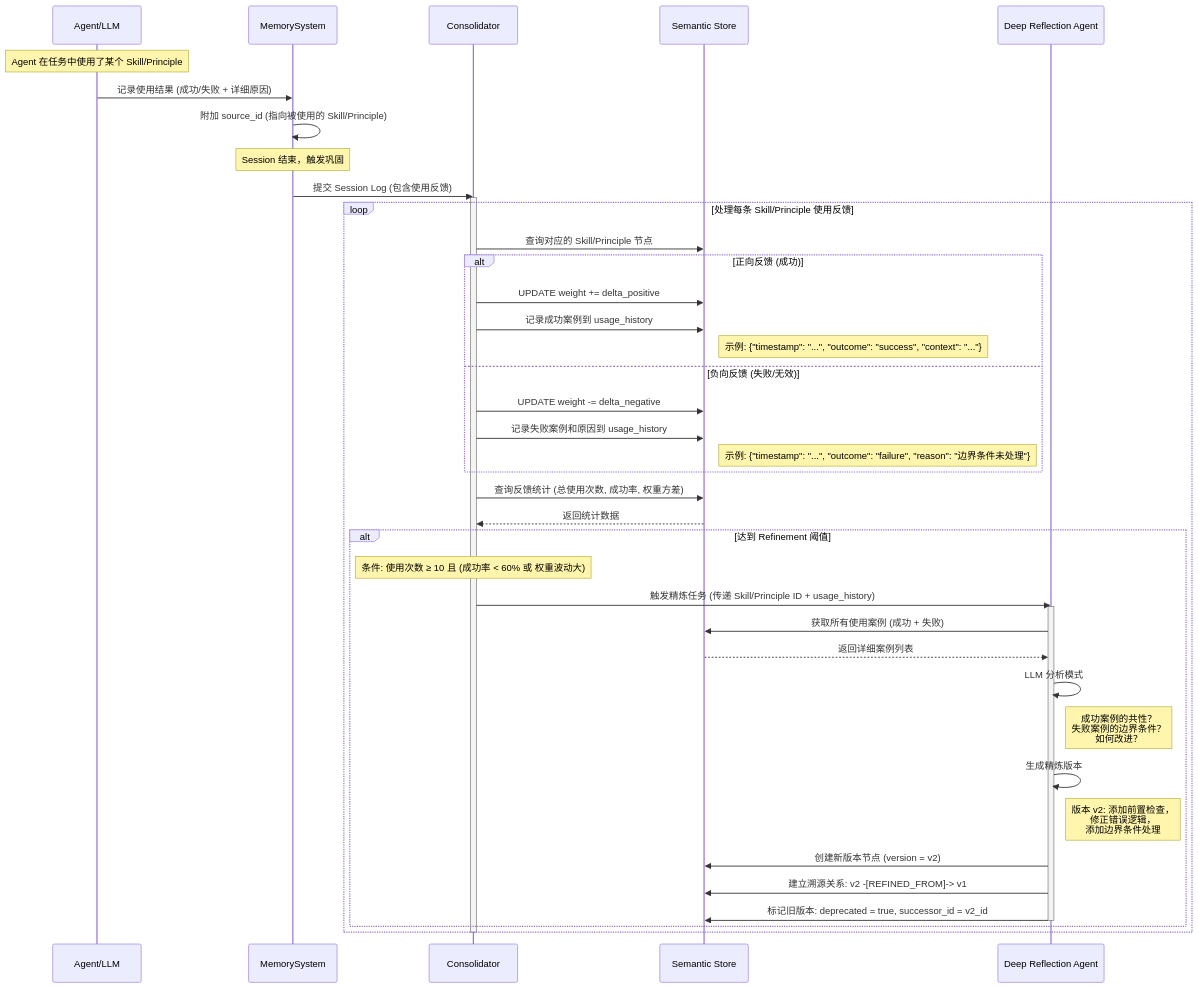
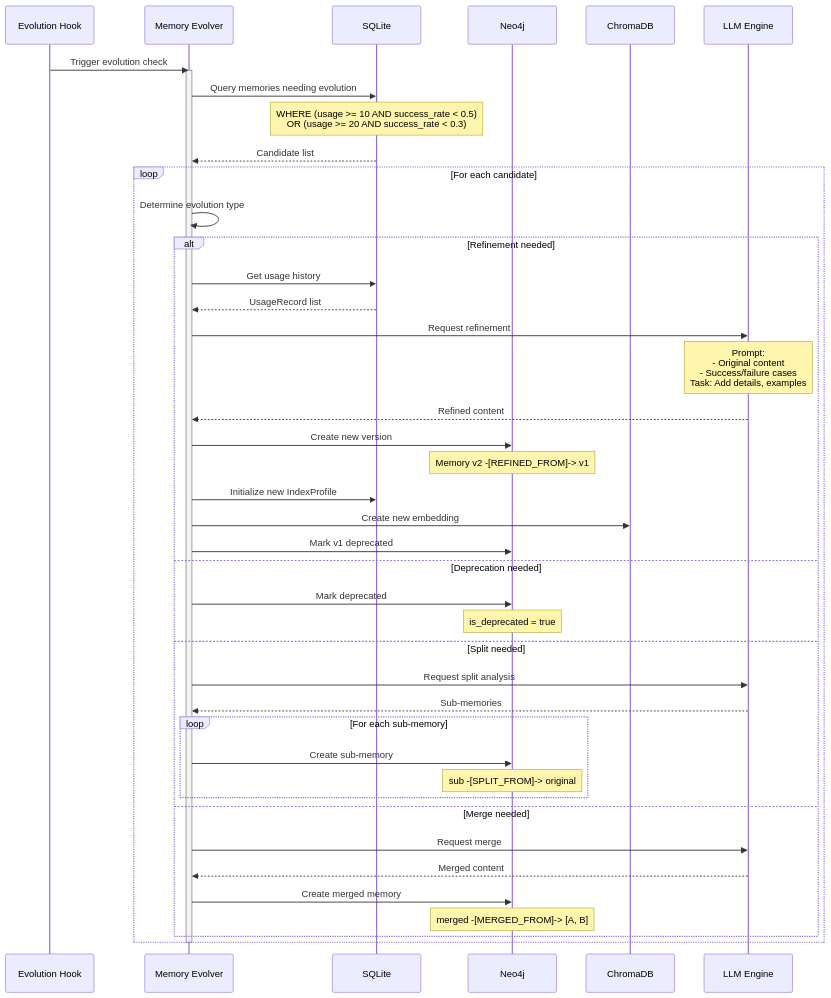
Before and after one commit to Lincyaw/h-mem: the fourth of 6 diagrams in docs/workflows.md, drawn with Mermaid. The commit also changed other lines of this file and 2 other files, not shown here.

````diff
--- a/docs/workflows.md
+++ b/docs/workflows.md
@@ -131,58 +287,59 @@
 ```mermaid
 sequenceDiagram
-    participant Agent as Agent/LLM
-    participant MS as MemorySystem
-    participant CON as Consolidator
-    participant GDB as Semantic Store
-    participant REF as Deep Reflection Agent
+    participant HOOK as Evolution Hook
+    participant EVO as Memory Evolver
+    participant SQL as SQLite
+    participant GDB as Neo4j
+    participant VDB as ChromaDB
+    participant LLM as LLM Engine
 
-    Note over Agent: Agent 在任务中使用了某个 Skill/Principle
-    
-    Agent->>MS: 记录使用结果 (成功/失败 + 详细原因)
-    MS->>MS: 附加 source_id (指向被使用的 Skill/Principle)
-    
-    Note over MS: Session 结束，触发巩固
-    
-    MS->>CON: 提交 Session Log (包含使用反馈)
-    activate CON
-    
-    loop 处理每条 Skill/Principle 使用反馈
-        CON->>GDB: 查询对应的 Skill/Principle 节点
-        
-        alt 正向反馈 (成功)
-            CON->>GDB: UPDATE weight += delta_positive
-            CON->>GDB: 记录成功案例到 usage_history
-            Note right of GDB: 示例: {"timestamp": "...", "outcome": "success", "context": "..."}
-        else 负向反馈 (失败/无效)
-            CON->>GDB: UPDATE weight -= delta_negative
-            CON->>GDB: 记录失败案例和原因到 usage_history
-            Note right of GDB: 示例: {"timestamp": "...", "outcome": "failure", "reason": "边界条件未处理"}
-        end
-        
-        CON->>GDB: 查询反馈统计 (总使用次数, 成功率, 权重方差)
-        GDB-->>CON: 返回统计数据
-        
-        alt 达到 Refinement 阈值
-            Note over CON: 条件: 使用次数 ≥ 10 且 (成功率 < 60% 或 权重波动大)
-            CON->>REF: 触发精炼任务 (传递 Skill/Principle ID + usage_history)
-            activate REF
-            
-            REF->>GDB: 获取所有使用案例 (成功 + 失败)
-            GDB-->>REF: 返回详细案例列表
-            
-            REF->>REF: LLM 分析模式
-            Note right of REF: 成功案例的共性？<br/>失败案例的边界条件？<br/>如何改进？
-            
-            REF->>REF: 生成精炼版本
-            Note right of REF: 版本 v2: 添加前置检查，<br/>修正错误逻辑，<br/>添加边界条件处理
-            
-            REF->>GDB: 创建新版本节点 (version = v2)
-            REF->>GDB: 建立溯源关系: v2 -[REFINED_FROM]-> v1
-            REF->>GDB: 标记旧版本: deprecated = true, successor_id = v2_id
-            
-            deactivate REF
+    HOOK->>EVO: Trigger evolution check
+    activate EVO
+
+    EVO->>SQL: Query memories needing evolution
+    Note over SQL: WHERE (usage >= 10 AND success_rate < 0.5)<br/>OR (usage >= 20 AND success_rate < 0.3)
+    SQL-->>EVO: Candidate list
+
+    loop For each candidate
+        EVO->>EVO: Determine evolution type
+
+        alt Refinement needed
+            EVO->>SQL: Get usage history
+            SQL-->>EVO: UsageRecord list
+
+            EVO->>LLM: Request refinement
+            Note over LLM: Prompt:<br/>- Original content<br/>- Success/failure cases<br/>Task: Add details, examples
+
+            LLM-->>EVO: Refined content
+
+            EVO->>GDB: Create new version
+            Note over GDB: Memory v2 -[REFINED_FROM]-> v1
+
+            EVO->>SQL: Initialize new IndexProfile
+            EVO->>VDB: Create new embedding
+            EVO->>GDB: Mark v1 deprecated
+
+        else Deprecation needed
+            EVO->>GDB: Mark deprecated
+            Note over GDB: is_deprecated = true
+
+        else Split needed
+            EVO->>LLM: Request split analysis
+            LLM-->>EVO: Sub-memories
+
+            loop For each sub-memory
+                EVO->>GDB: Create sub-memory
+                Note over GDB: sub -[SPLIT_FROM]-> original
+            end
+
+        else Merge needed
+            EVO->>LLM: Request merge
+            LLM-->>EVO: Merged content
+
+            EVO->>GDB: Create merged memory
+            Note over GDB: merged -[MERGED_FROM]-> [A, B]
         end
     end
-    
-    deactivate CON
+
+    deactivate EVO
 ```
````
